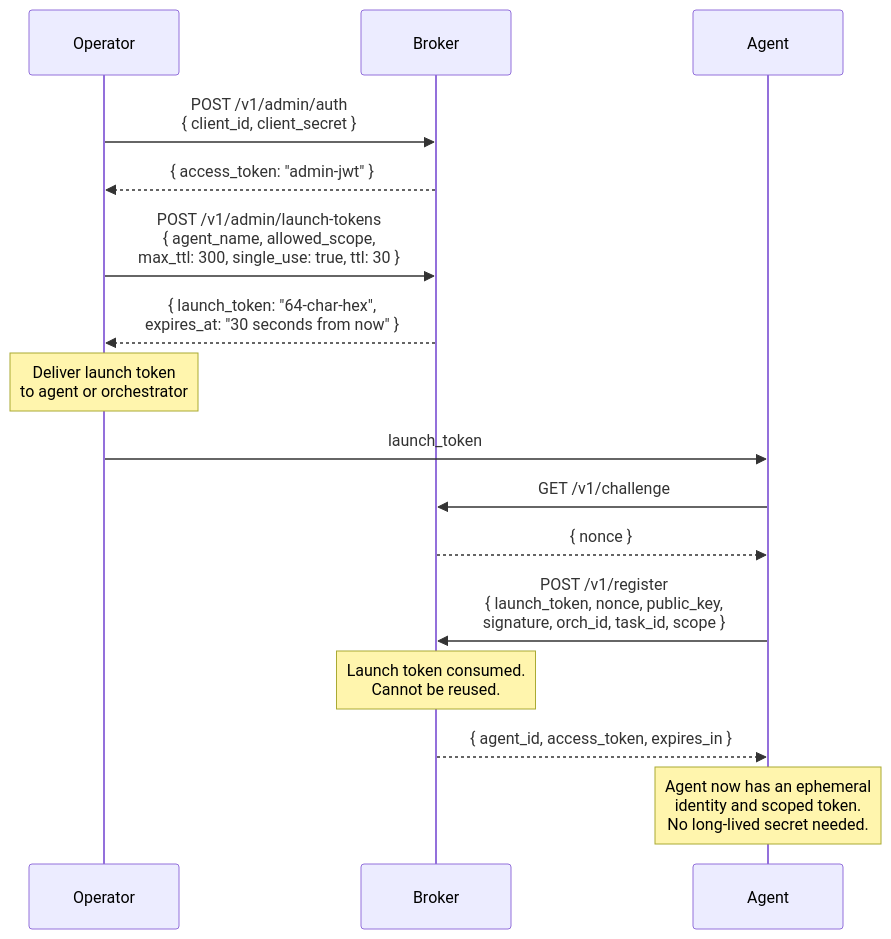
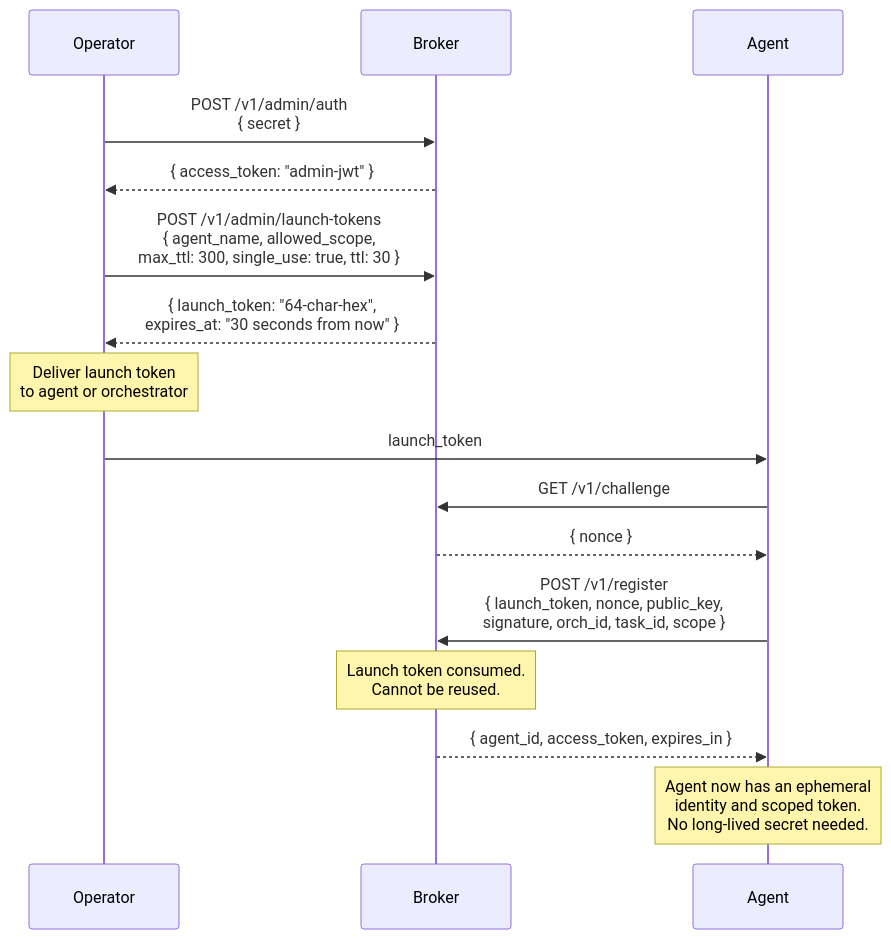
The tenth of 10 diagrams in docs/concepts.md (devonartis/agentwrit), drawn with Mermaid before and after one commit. The commit also changed other lines of this file and 21 other files, not shown here.

````diff
--- a/docs/concepts.md
+++ b/docs/concepts.md
@@ -486,25 +487,25 @@
 ```mermaid
 sequenceDiagram
     participant Admin as Operator
     participant Broker
     participant Agent
 
-    Admin->>Broker: POST /v1/admin/auth<br/>{ client_id, client_secret }
+    Admin->>Broker: POST /v1/admin/auth<br/>{ secret }
     Broker-->>Admin: { access_token: "admin-jwt" }
 
     Admin->>Broker: POST /v1/admin/launch-tokens<br/>{ agent_name, allowed_scope,<br/>max_ttl: 300, single_use: true, ttl: 30 }
     Broker-->>Admin: { launch_token: "64-char-hex",<br/>expires_at: "30 seconds from now" }
 
     Note over Admin: Deliver launch token<br/>to agent or orchestrator
 
     Admin->>Agent: launch_token
 
     Agent->>Broker: GET /v1/challenge
     Broker-->>Agent: { nonce }
 
     Agent->>Broker: POST /v1/register<br/>{ launch_token, nonce, public_key,<br/>signature, orch_id, task_id, scope }
     Note over Broker: Launch token consumed.<br/>Cannot be reused.
     Broker-->>Agent: { agent_id, access_token, expires_in }
 
     Note over Agent: Agent now has an ephemeral<br/>identity and scoped token.<br/>No long-lived secret needed.
 ```
````
